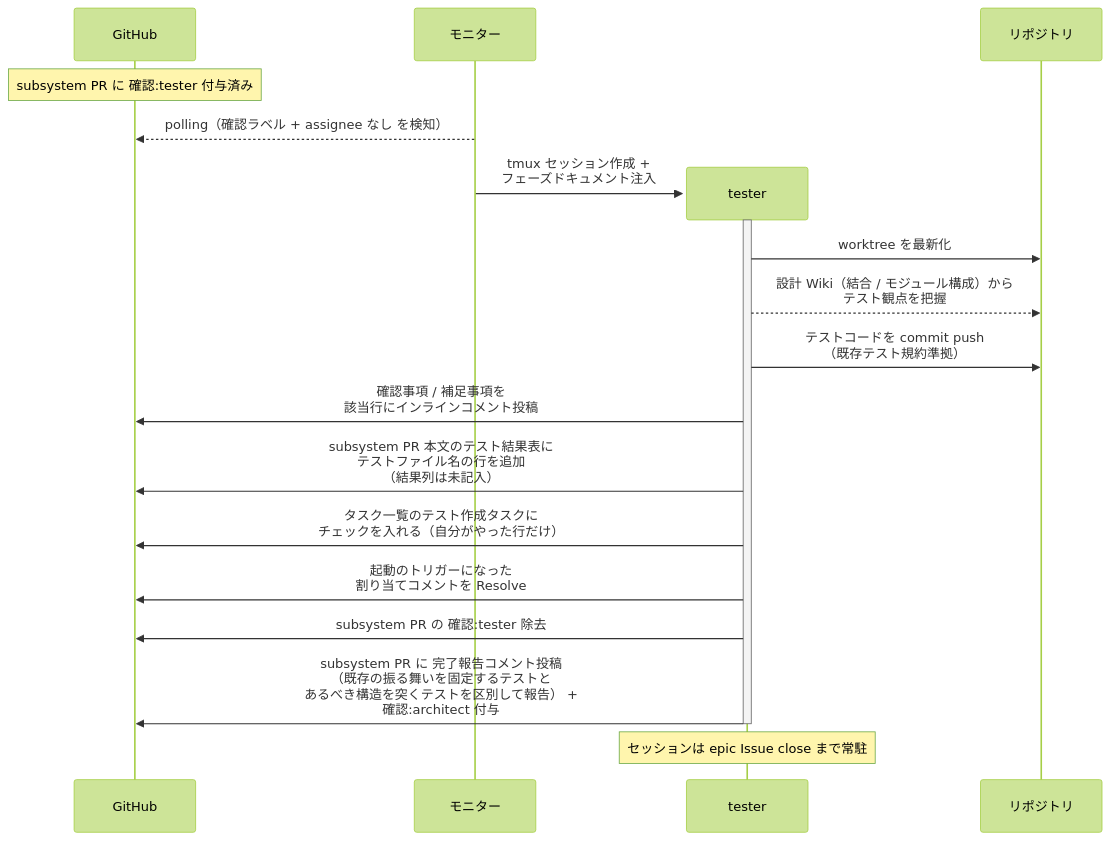
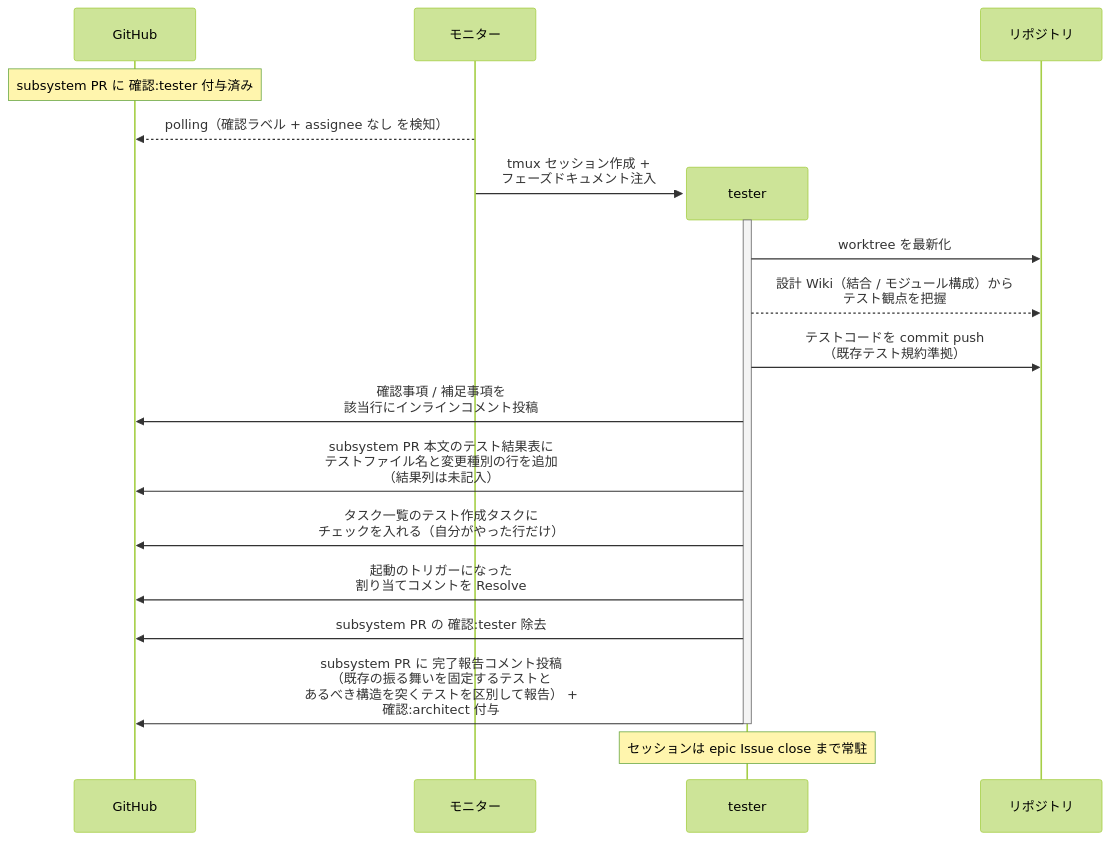
The second of 3 diagrams in docs/wiki/設計図/シナリオ/単一ユースケース/テスト作成.md (shuhei1101/ai-monitor), drawn with Mermaid (forest theme) before and after one commit. The commit also changed other lines of this file and 8 other files, not shown here.

````diff
--- a/docs/wiki/設計図/シナリオ/単一ユースケース/テスト作成.md
+++ b/docs/wiki/設計図/シナリオ/単一ユースケース/テスト作成.md
@@ -75,23 +76,23 @@
 ```mermaid
 sequenceDiagram
   participant GH as GitHub
   participant ORC as モニター
 
   Note over GH: subsystem PR に 確認:tester 付与済み
   ORC-->>GH: polling（確認ラベル + assignee なし を検知）
   create participant MON as tester
   ORC->>MON: tmux セッション作成 +<br>フェーズドキュメント注入
   participant REPO as リポジトリ
   activate MON
   MON->>REPO: worktree を最新化
   MON-->>REPO: 設計 Wiki（結合 / モジュール構成）から<br>テスト観点を把握
   MON->>REPO: テストコードを commit push<br>（既存テスト規約準拠）
   MON->>GH: 確認事項 / 補足事項を<br>該当行にインラインコメント投稿
-  MON->>GH: subsystem PR 本文のテスト結果表に<br>テストファイル名の行を追加<br>（結果列は未記入）
+  MON->>GH: subsystem PR 本文のテスト結果表に<br>テストファイル名と変更種別の行を追加<br>（結果列は未記入）
   MON->>GH: タスク一覧のテスト作成タスクに<br>チェックを入れる（自分がやった行だけ）
   MON->>GH: 起動のトリガーになった<br>割り当てコメントを Resolve
   MON->>GH: subsystem PR の 確認:tester 除去
   MON->>GH: subsystem PR に 完了報告コメント投稿<br>（既存の振る舞いを固定するテストと<br>あるべき構造を突くテストを区別して報告） +<br>確認:architect 付与
   deactivate MON
   Note over MON: セッションは epic Issue close まで常駐
 ```
````
